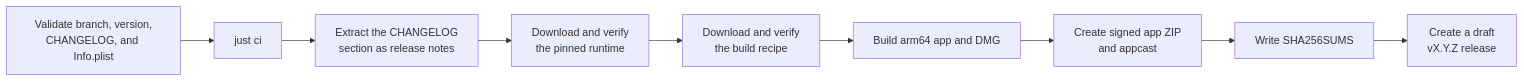
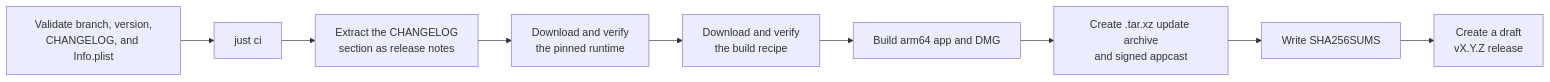
One commit to LuMiSxh/Arknights-MacOS-Client changed the diagram in docs/development/releases-and-updates.md. Above: the diagram before and after it, drawn with Mermaid. The commit also changed other lines of this file and 17 other files, not shown here.

````diff
--- a/docs/development/releases-and-updates.md
+++ b/docs/development/releases-and-updates.md
@@ -31,11 +31,11 @@
 ```mermaid
 flowchart LR
 	Check["Validate branch, version,<br/>CHANGELOG, and Info.plist"] --> Test[just ci]
 	Test --> Notes["Extract the CHANGELOG<br/>section as release notes"]
 	Notes --> Runtime["Download and verify<br/>the pinned runtime"]
 	Runtime --> Recipe["Download and verify<br/>the build recipe"]
 	Recipe --> Build[Build arm64 app and DMG]
-	Build --> Archive["Create signed app ZIP<br/>and appcast"]
+	Build --> Archive["Create .tar.xz update archive<br/>and signed appcast"]
 	Archive --> Sums[Write SHA256SUMS]
 	Sums --> Draft["Create a draft<br/>vX.Y.Z release"]
 ```
````
